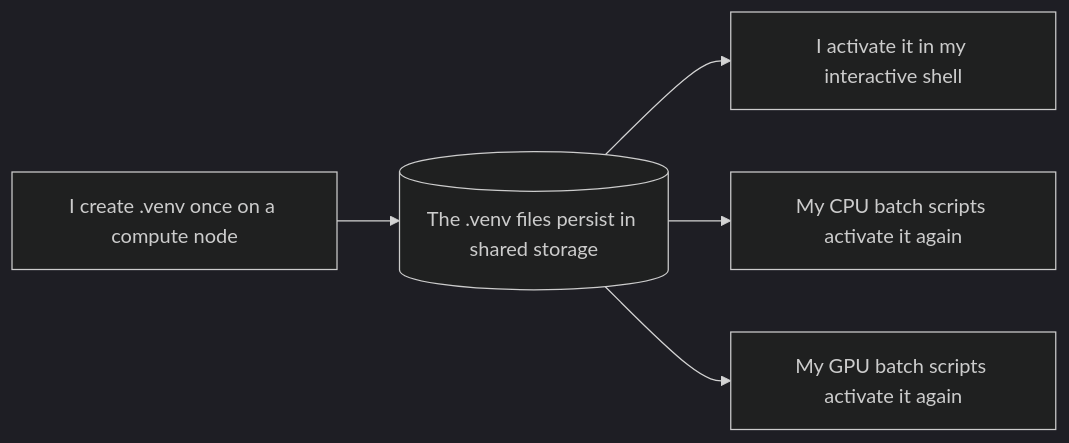
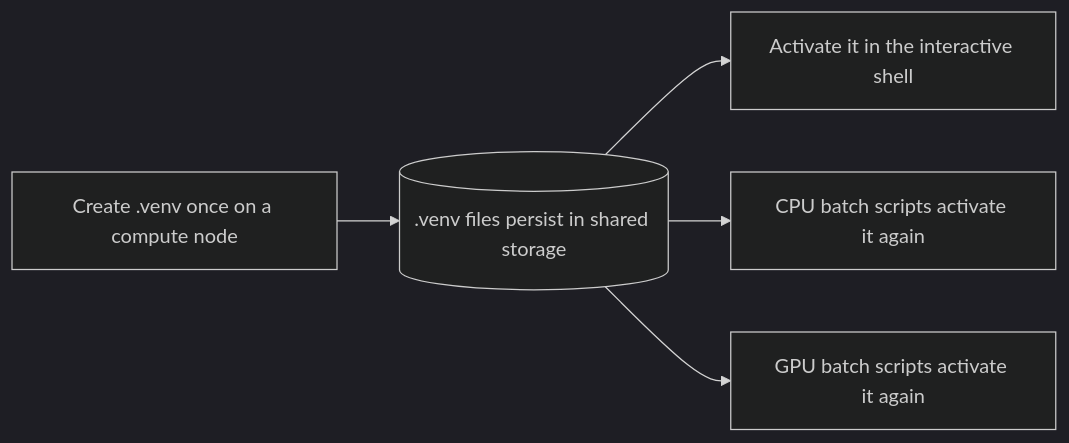
Before and after one commit to NirmalKumar31/rbp-binding: diagram 16 of 25 in README.md, drawn with Mermaid (dark theme). The commit also changed other lines of this file, not shown here.

Commit message:
docs: neutralize first-person voice inside mermaid diagram labels

````diff
--- a/README.md
+++ b/README.md
@@ -612,7 +612,7 @@
 ```mermaid
 flowchart LR
-    A["I create .venv once on a compute node"] --> B[("The .venv files persist in shared storage")]
-    B --> C["I activate it in my interactive shell"]
-    B --> D["My CPU batch scripts activate it again"]
-    B --> E["My GPU batch scripts activate it again"]
+    A["Create .venv once on a compute node"] --> B[(".venv files persist in shared storage")]
+    B --> C["Activate it in the interactive shell"]
+    B --> D["CPU batch scripts activate it again"]
+    B --> E["GPU batch scripts activate it again"]
 ```
````
